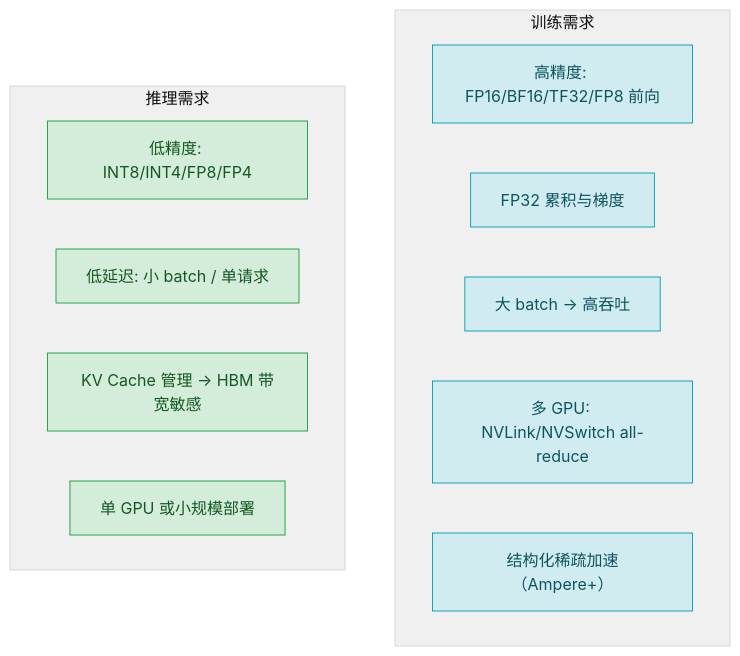
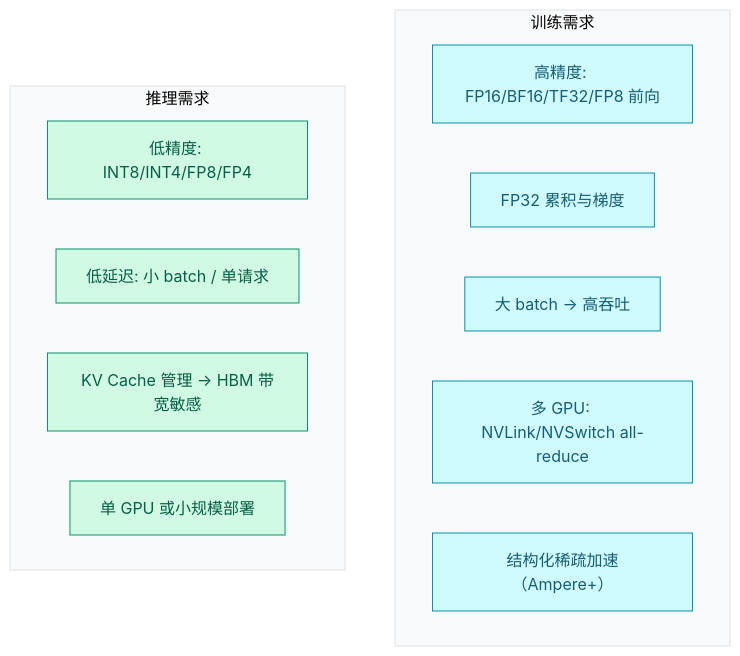
One commit to swjtuer326/cs-learning-notes changed diagram 12 of 12 in LLM/NVIDIA-GPU架构演进与LLM.md. Above: the diagram before and after it, drawn with Mermaid. The commit also changed other lines of this file and 10 other files, not shown here.

````diff
--- a/LLM/NVIDIA-GPU架构演进与LLM.md
+++ b/LLM/NVIDIA-GPU架构演进与LLM.md
@@ -617,24 +933,24 @@
 ```mermaid
-%%{init: {"theme": "base", "themeVariables": {"primaryColor": "#ECECFF", "primaryTextColor": "#333333", "primaryBorderColor": "#9370DB", "lineColor": "#666666", "secondaryColor": "#ffffde", "secondaryBorderColor": "#aaaa33", "tertiaryColor": "#f0f0f0", "fontFamily": "\"trebuchet ms\", verdana, arial, sans-serif"}}}%%
+%%{init: {"theme": "base", "themeVariables": {"primaryColor": "#f8fafc", "primaryTextColor": "#1e293b", "primaryBorderColor": "#475569", "lineColor": "#64748b", "secondaryColor": "#f1f5f9", "secondaryBorderColor": "#94a3b8", "tertiaryColor": "#f8fafc", "fontFamily": "\"trebuchet ms\", verdana, arial, sans-serif"}}}%%
 flowchart TD
     subgraph "训练需求"
         T1["高精度: FP16/BF16/TF32/FP8 前向"]
         T2["FP32 累积与梯度"]
         T3["大 batch → 高吞吐"]
         T4["多 GPU: NVLink/NVSwitch all-reduce"]
         T5["结构化稀疏加速（Ampere+）"]
     end
 
     subgraph "推理需求"
         I1["低精度: INT8/INT4/FP8/FP4"]
         I2["低延迟: 小 batch / 单请求"]
         I3["KV Cache 管理 → HBM 带宽敏感"]
         I4["单 GPU 或小规模部署"]
     end
 
-    classDef train fill:#d1ecf1,stroke:#17a2b8,color:#0c5460
-    classDef infer fill:#d4edda,stroke:#28a745,color:#155724
+    classDef train fill:#cffafe,stroke:#0891b2,color:#155e75
+    classDef infer fill:#d1fae5,stroke:#059669,color:#065f46
 
     class T1,T2,T3,T4,T5 train
     class I1,I2,I3,I4 infer
 ```
````
